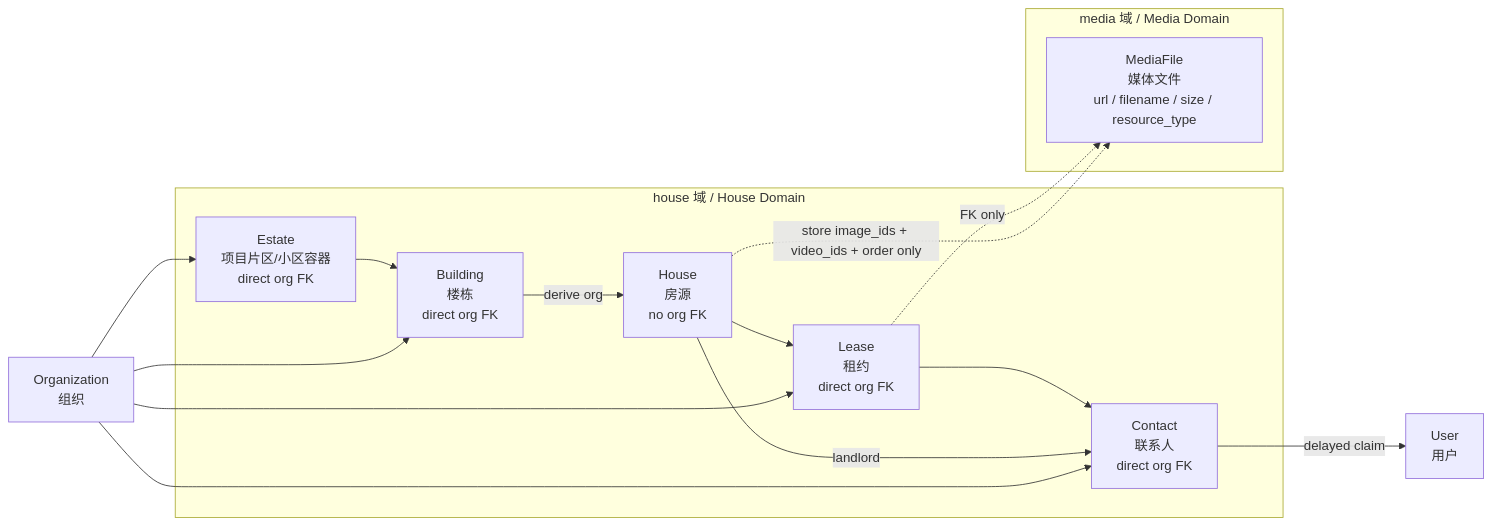
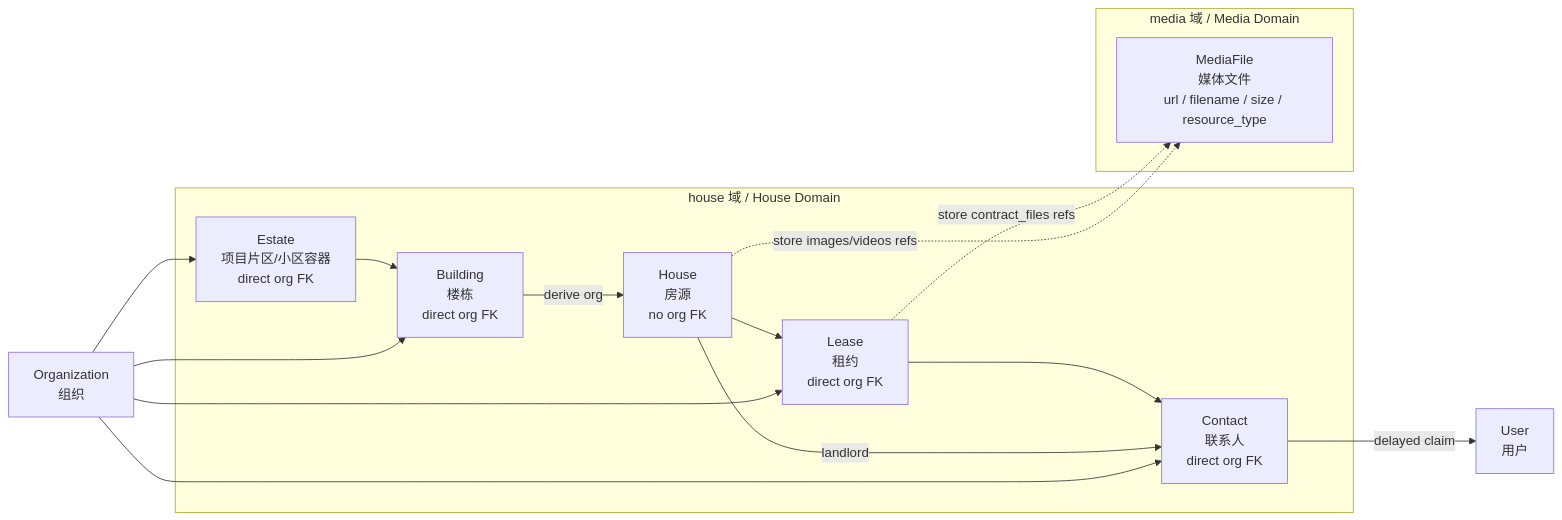
Before and after one commit to ol0o0lo/linkcloud-space: the fifth of 6 diagrams in openspec/changes/property-rental-management/design.md, drawn with Mermaid. The commit also changed other lines of this file and 5 other files, not shown here.

````diff
--- a/openspec/changes/property-rental-management/design.md
+++ b/openspec/changes/property-rental-management/design.md
@@ -332,32 +333,32 @@
 ```mermaid
 flowchart LR
     subgraph house_domain["house 域 / House Domain"]
         estate2["Estate<br/>项目片区/小区容器<br/>direct org FK"]
         building2["Building<br/>楼栋<br/>direct org FK"]
         house2["House<br/>房源<br/>no org FK"]
         contact2["Contact<br/>联系人<br/>direct org FK"]
         lease2["Lease<br/>租约<br/>direct org FK"]
     end
 
     subgraph media_domain["media 域 / Media Domain"]
         media2["MediaFile<br/>媒体文件<br/>url / filename / size / resource_type"]
     end
 
     org2["Organization<br/>组织"]
     user2["User<br/>用户"]
 
     org2 --> estate2
     org2 --> building2
     org2 --> contact2
     org2 --> lease2
 
     estate2 --> building2
     building2 -->|"derive org"| house2
     house2 -->|"landlord"| contact2
     house2 --> lease2
     lease2 --> contact2
     contact2 -->|"delayed claim"| user2
 
-    house2 -.->|"store image_ids + video_ids + order only"| media2
-    lease2 -.->|"FK only"| media2
+    house2 -.->|"store images/videos refs"| media2
+    lease2 -.->|"store contract_files refs"| media2
 ```
````
